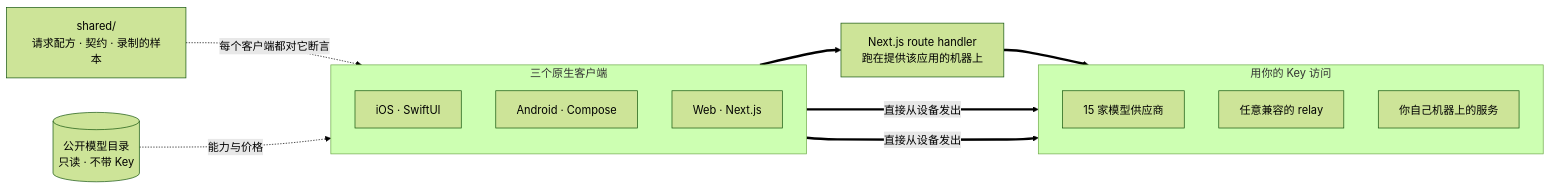
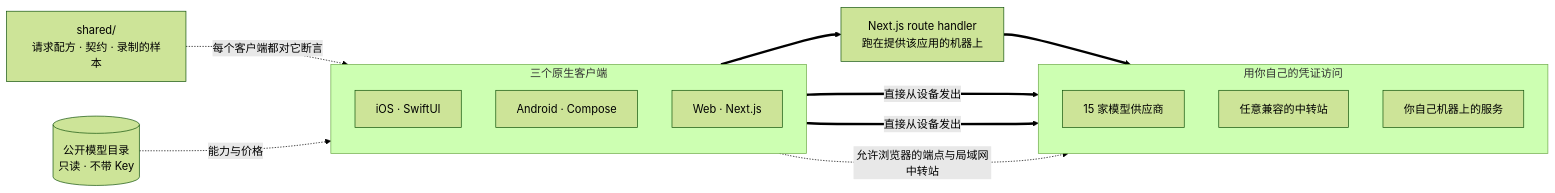
Before and after one commit to oriveo/oriveo: the diagram in readme_i18n/zh-Hans/README.md, drawn with Mermaid (forest theme). The commit also changed other lines of this file and 89 other files, not shown here.

````diff
--- a/readme_i18n/zh-Hans/README.md
+++ b/readme_i18n/zh-Hans/README.md
@@ -171,26 +177,27 @@
 ```mermaid
 flowchart LR
     shared["shared/<br/>请求配方 · 契约 · 录制的样本"]
 
     subgraph clients ["三个原生客户端"]
         direction TB
         ios["iOS · SwiftUI"]
         android["Android · Compose"]
         web["Web · Next.js"]
     end
 
     route["Next.js route handler<br/>跑在提供该应用的机器上"]
 
-    subgraph upstream ["用你的 Key 访问"]
+    subgraph upstream ["用你自己的凭证访问"]
         official["15 家模型供应商"]
-        relay["任意兼容的 relay"]
+        relay["任意兼容的中转站"]
         local["你自己机器上的服务"]
     end
 
     catalog[("公开模型目录<br/>只读 · 不带 Key")]
 
     shared -.->|"每个客户端都对它断言"| clients
     catalog -.->|"能力与价格"| clients
     ios & android ==>|"直接从设备发出"| upstream
     web ==> route ==> upstream
+    web -.->|"允许浏览器的端点与局域网中转站"| upstream
 ```
````
